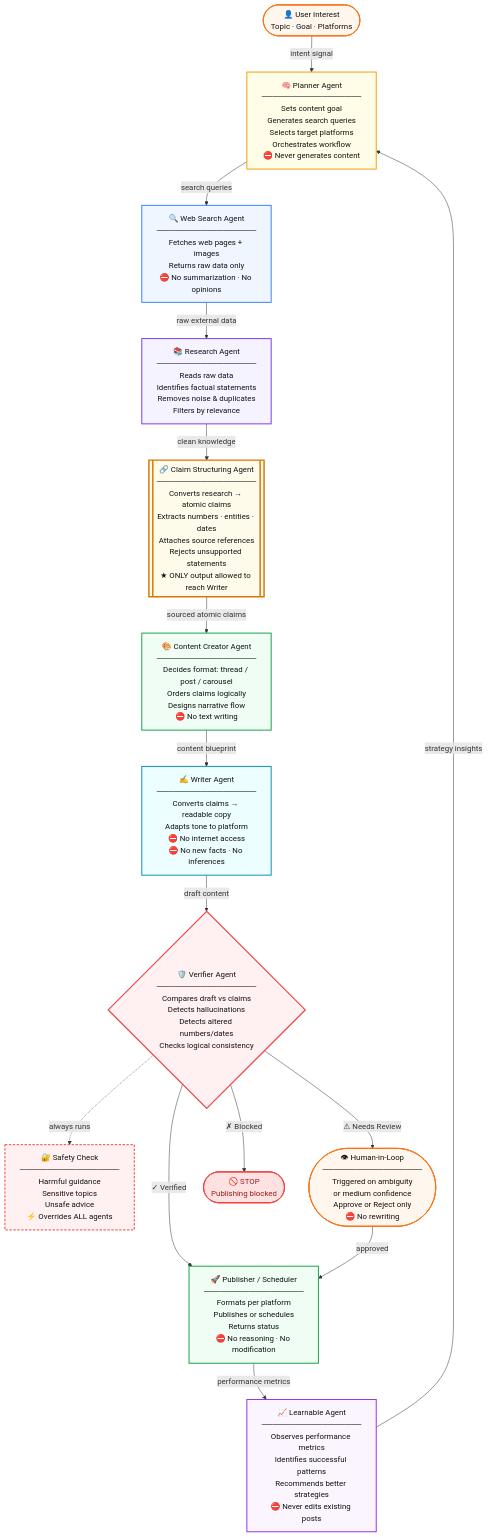
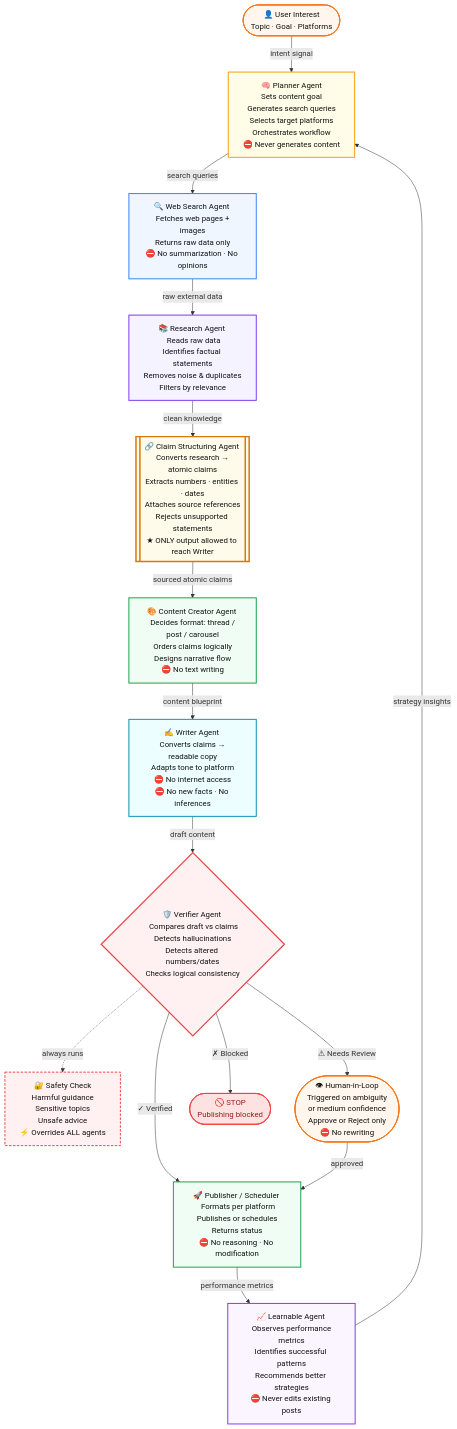
Before and after one commit to VenkateshRoshan/TrustPostAI: the diagram in README.md, drawn with Mermaid.

Commit message:
architecture .md updated

````diff
--- a/README.md
+++ b/README.md
@@ -9,81 +9,81 @@
 ```mermaid
 flowchart TD
     USER(["👤 User Interest\nTopic · Goal · Platforms"])
 
-    PLANNER["🧠 Planner Agent\n──────────────────\nSets content goal\nGenerates search queries\nSelects target platforms\nOrchestrates workflow\n⛔ Never generates content"]
+    PLANNER["🧠 Planner Agent \n Sets content goal\nGenerates search queries\nSelects target platforms\nOrchestrates workflow\n⛔ Never generates content"]
 
-    SEARCH["🔍 Web Search Agent\n──────────────────\nFetches web pages + images\nReturns raw data only\n⛔ No summarization · No opinions"]
+    SEARCH["🔍 Web Search Agent \n Fetches web pages + images\nReturns raw data only\n⛔ No summarization · No opinions"]
 
-    RESEARCH["📚 Research Agent\n──────────────────\nReads raw data\nIdentifies factual statements\nRemoves noise & duplicates\nFilters by relevance"]
+    RESEARCH["📚 Research Agent \n Reads raw data\nIdentifies factual statements\nRemoves noise & duplicates\nFilters by relevance"]
 
-    CLAIMS[["🔗 Claim Structuring Agent\n──────────────────\nConverts research → atomic claims\nExtracts numbers · entities · dates\nAttaches source references\nRejects unsupported statements\n★ ONLY output allowed to reach Writer"]]
+    CLAIMS[["🔗 Claim Structuring Agent \n Converts research → atomic claims\nExtracts numbers · entities · dates\nAttaches source references\nRejects unsupported statements\n★ ONLY output allowed to reach Writer"]]
 
-    CREATOR["🎨 Content Creator Agent\n──────────────────\nDecides format: thread / post / carousel\nOrders claims logically\nDesigns narrative flow\n⛔ No text writing"]
+    CREATOR["🎨 Content Creator Agent \n Decides format: thread / post / carousel\nOrders claims logically\nDesigns narrative flow\n⛔ No text writing"]
 
-    WRITER["✍️ Writer Agent\n──────────────────\nConverts claims → readable copy\nAdapts tone to platform\n⛔ No internet access\n⛔ No new facts · No inferences"]
+    WRITER["✍️ Writer Agent \n Converts claims → readable copy\nAdapts tone to platform\n⛔ No internet access\n⛔ No new facts · No inferences"]
 
-    VERIFIER{"🛡️ Verifier Agent\n──────────────────\nCompares draft vs claims\nDetects hallucinations\nDetects altered numbers/dates\nChecks logical consistency"}
+    VERIFIER{"🛡️ Verifier Agent \n Compares draft vs claims\nDetects hallucinations\nDetects altered numbers/dates\nChecks logical consistency"}
 
-    SAFETY["🔐 Safety Check\n──────────────────\nHarmful guidance\nSensitive topics\nUnsafe advice\n⚡ Overrides ALL agents"]
+    SAFETY["🔐 Safety Check \n Harmful guidance\nSensitive topics\nUnsafe advice\n⚡ Overrides ALL agents"]
 
-    HUMAN(["👁 Human-in-Loop\n──────────────────\nTriggered on ambiguity\nor medium confidence\nApprove or Reject only\n⛔ No rewriting"])
+    HUMAN(["👁 Human-in-Loop \n Triggered on ambiguity\nor medium confidence\nApprove or Reject only\n⛔ No rewriting"])
 
     STOP(["🚫 STOP\nPublishing blocked"])
 
-    PUBLISHER["🚀 Publisher / Scheduler\n──────────────────\nFormats per platform\nPublishes or schedules\nReturns status\n⛔ No reasoning · No modification"]
+    PUBLISHER["🚀 Publisher / Scheduler \n Formats per platform\nPublishes or schedules\nReturns status\n⛔ No reasoning · No modification"]
 
-    LEARN["📈 Learnable Agent\n──────────────────\nObserves performance metrics\nIdentifies successful patterns\nRecommends better strategies\n⛔ Never edits existing posts"]
+    LEARN["📈 Learnable Agent \n Observes performance metrics\nIdentifies successful patterns\nRecommends better strategies\n⛔ Never edits existing posts"]
 
     %% Main pipeline
     USER -->|"intent signal"| PLANNER
     PLANNER -->|"search queries"| SEARCH
     SEARCH -->|"raw external data"| RESEARCH
     RESEARCH -->|"clean knowledge"| CLAIMS
     CLAIMS -->|"sourced atomic claims"| CREATOR
     CREATOR -->|"content blueprint"| WRITER
     WRITER -->|"draft content"| VERIFIER
 
     %% Safety always runs alongside Verifier
     VERIFIER -.->|"always runs"| SAFETY
 
     %% Verifier outcomes
     VERIFIER -->|"✓ Verified"| PUBLISHER
     VERIFIER -->|"⚠ Needs Review"| HUMAN
     VERIFIER -->|"✗ Blocked"| STOP
 
     %% Human loop
     HUMAN -->|"approved"| PUBLISHER
 
     %% Publisher → Learnable → Planner feedback
     PUBLISHER -->|"performance metrics"| LEARN
     LEARN -->|"strategy insights"| PLANNER
 
     %% Styling
     classDef default fill:#fff,stroke:#333,stroke-width:1.5px,color:#111
     classDef controller fill:#fffde7,stroke:#f59e0b,stroke-width:2px,color:#111
     classDef tool fill:#eff6ff,stroke:#3b82f6,stroke-width:2px,color:#111
     classDef research fill:#f5f3ff,stroke:#7c3aed,stroke-width:2px,color:#111
     classDef truthgate fill:#fffbeb,stroke:#d97706,stroke-width:3px,color:#111
     classDef creator fill:#f0fdf4,stroke:#16a34a,stroke-width:2px,color:#111
     classDef writer fill:#ecfeff,stroke:#0891b2,stroke-width:2px,color:#111
     classDef guard fill:#fff1f2,stroke:#ef4444,stroke-width:2.5px,color:#111
     classDef safety fill:#fff1f2,stroke:#ef4444,stroke-width:2px,stroke-dasharray:5 3,color:#111
     classDef human fill:#fff7ed,stroke:#f97316,stroke-width:2px,color:#111
     classDef publisher fill:#f0fdf4,stroke:#16a34a,stroke-width:2px,color:#111
     classDef learnable fill:#faf5ff,stroke:#9333ea,stroke-width:2px,color:#111
     classDef stop fill:#fee2e2,stroke:#ef4444,stroke-width:2px,color:#991b1b
 
     class USER human
     class PLANNER controller
     class SEARCH tool
     class RESEARCH research
     class CLAIMS truthgate
     class CREATOR creator
     class WRITER writer
     class VERIFIER guard
     class SAFETY safety
     class HUMAN human
     class STOP stop
     class PUBLISHER publisher
     class LEARN learnable
 ```
````
